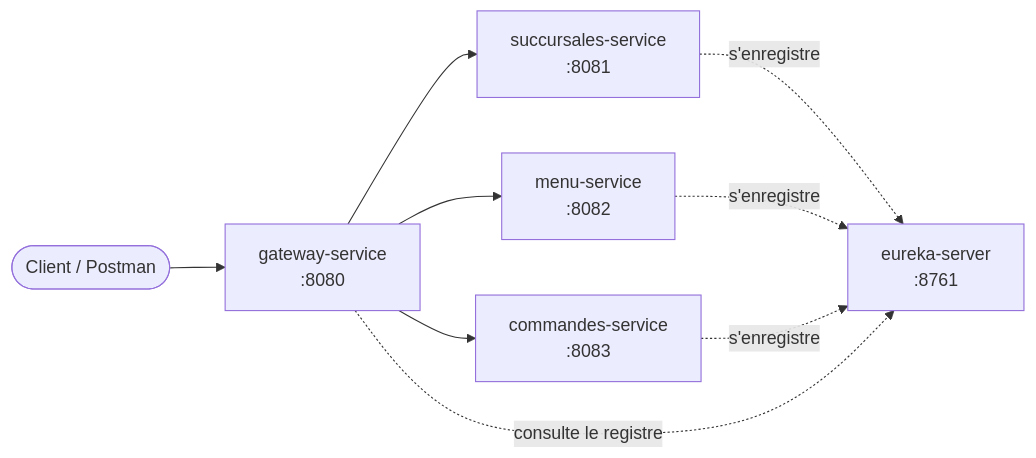
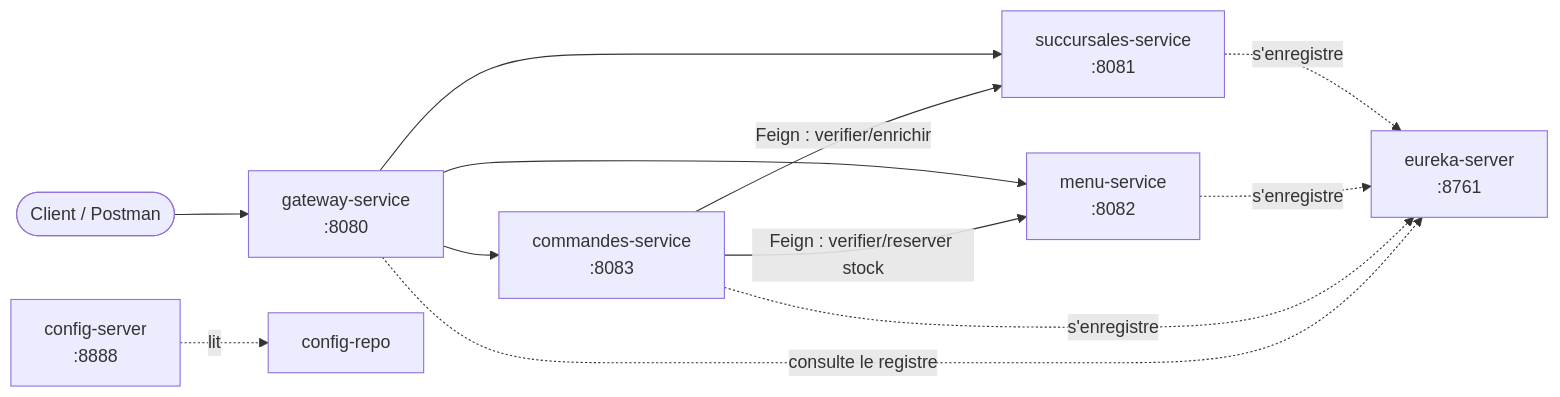
One commit to Wvssim/restaurant-chain-platform changed the third of 3 diagrams in README.md. Above: the diagram before and after it, drawn with Mermaid. The commit also changed other lines of this file and 22 other files, not shown here.

````diff
--- a/README.md
+++ b/README.md
@@ -135,11 +136,14 @@
 ```mermaid
 flowchart LR
     Client(["Client / Postman"]) --> GW["gateway-service<br/>:8080"]
     GW --> A["succursales-service<br/>:8081"]
     GW --> B["menu-service<br/>:8082"]
     GW --> C["commandes-service<br/>:8083"]
+    C -- "Feign : verifier/enrichir" --> A
+    C -- "Feign : verifier/reserver stock" --> B
     A -. s'enregistre .-> EU["eureka-server<br/>:8761"]
     B -. s'enregistre .-> EU
     C -. s'enregistre .-> EU
     GW -. consulte le registre .-> EU
+    CS["config-server<br/>:8888"] -. lit .-> CR["config-repo"]
 ```
````
